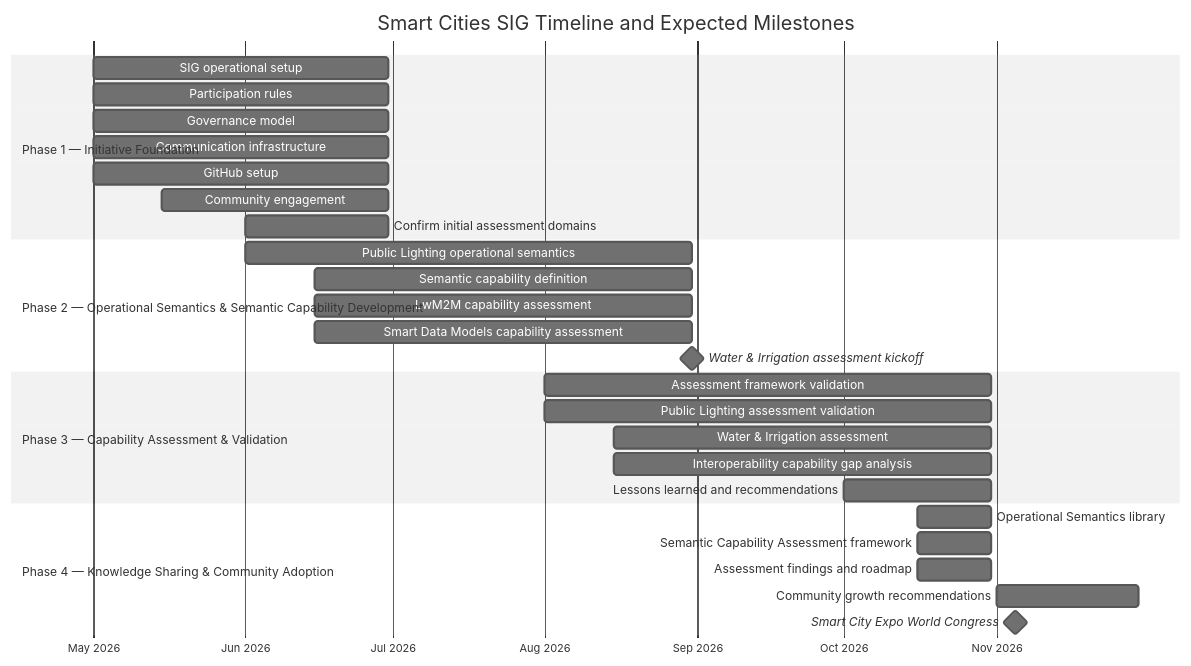
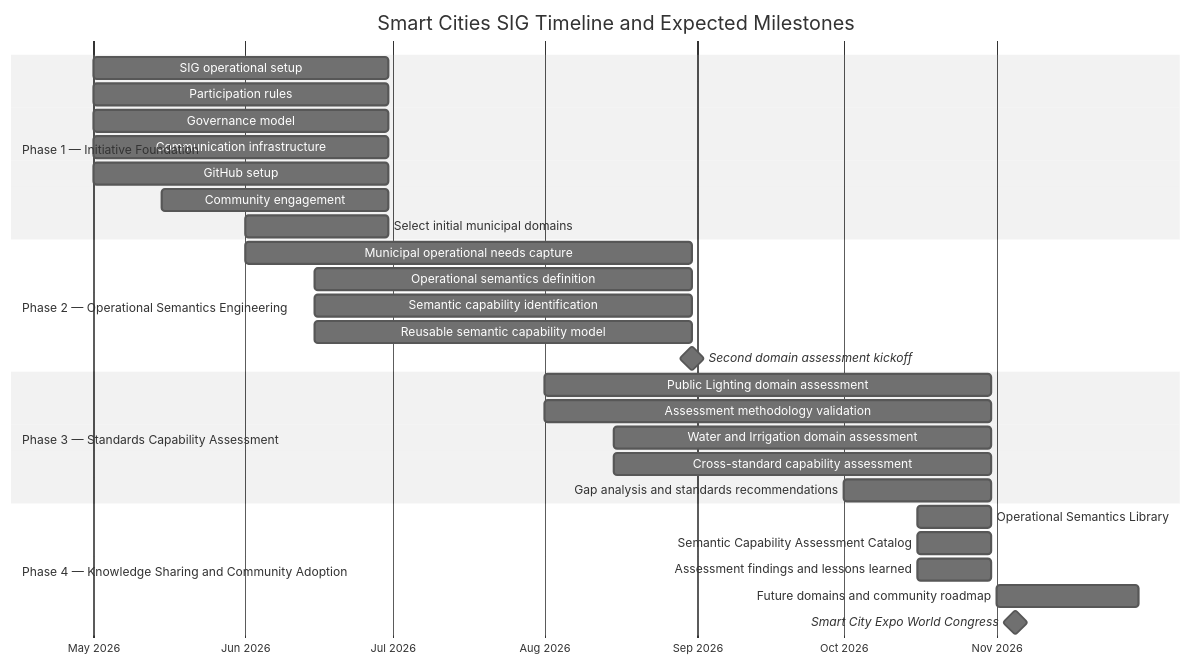
One commit to smartcities-sig/smartcities-sig changed the diagram in program/roadmap/release-planning.md. Above: the diagram before and after it, drawn with Mermaid (neutral theme). The commit also changed other lines of this file, not shown here.

Commit message:
Revise roadmap phases and key milestones
Updated phases and milestones in the release planning document to reflect changes in operational semantics and community engagement.

````diff
--- a/program/roadmap/release-planning.md
+++ b/program/roadmap/release-planning.md
@@ -20,37 +19,37 @@
 ```mermaid
 gantt
     title Smart Cities SIG Timeline and Expected Milestones
     dateFormat  YYYY-MM-DD
     axisFormat  %b %Y
 
     section Phase 1 — Initiative Foundation
-    SIG operational setup                     :p1a, 2026-05-01, 2026-06-30
-    Participation rules                       :p1b, 2026-05-01, 2026-06-30
-    Governance model                          :p1c, 2026-05-01, 2026-06-30
-    Communication infrastructure              :p1d, 2026-05-01, 2026-06-30
-    GitHub setup                              :p1e, 2026-05-01, 2026-06-30
-    Community engagement                      :p1f, 2026-05-15, 2026-06-30
-    Confirm initial assessment domains        :p1g, 2026-06-01, 2026-06-30
+    SIG operational setup                         :p1a, 2026-05-01, 2026-06-30
+    Participation rules                          :p1b, 2026-05-01, 2026-06-30
+    Governance model                             :p1c, 2026-05-01, 2026-06-30
+    Communication infrastructure                 :p1d, 2026-05-01, 2026-06-30
+    GitHub setup                                 :p1e, 2026-05-01, 2026-06-30
+    Community engagement                         :p1f, 2026-05-15, 2026-06-30
+    Select initial municipal domains             :p1g, 2026-06-01, 2026-06-30
 
-    section Phase 2 — Operational Semantics & Semantic Capability Development
-    Public Lighting operational semantics     :p2a, 2026-06-01, 2026-08-31
-    Semantic capability definition            :p2b, 2026-06-15, 2026-08-31
-    LwM2M capability assessment               :p2c, 2026-06-15, 2026-08-31
-    Smart Data Models capability assessment   :p2d, 2026-06-15, 2026-08-31
-    Water & Irrigation assessment kickoff     :milestone, p2e, 2026-08-31, 0d
+    section Phase 2 — Operational Semantics Engineering
+    Municipal operational needs capture          :p2a, 2026-06-01, 2026-08-31
+    Operational semantics definition             :p2b, 2026-06-15, 2026-08-31
+    Semantic capability identification           :p2c, 2026-06-15, 2026-08-31
+    Reusable semantic capability model            :p2d, 2026-06-15, 2026-08-31
+    Second domain assessment kickoff              :milestone, p2e, 2026-08-31, 0d
 
-    section Phase 3 — Capability Assessment & Validation
-    Assessment framework validation           :p3a, 2026-08-01, 2026-10-31
-    Public Lighting assessment validation     :p3b, 2026-08-01, 2026-10-31
-    Water & Irrigation assessment             :p3c, 2026-08-15, 2026-10-31
-    Interoperability capability gap analysis  :p3d, 2026-08-15, 2026-10-31
-    Lessons learned and recommendations       :p3e, 2026-10-01, 2026-10-31
+    section Phase 3 — Standards Capability Assessment
+    Public Lighting domain assessment             :p3a, 2026-08-01, 2026-10-31
+    Assessment methodology validation             :p3b, 2026-08-01, 2026-10-31
+    Water and Irrigation domain assessment        :p3c, 2026-08-15, 2026-10-31
+    Cross-standard capability assessment          :p3d, 2026-08-15, 2026-10-31
+    Gap analysis and standards recommendations    :p3e, 2026-10-01, 2026-10-31
 
-    section Phase 4 — Knowledge Sharing & Community Adoption
-    Operational Semantics library             :p4a, 2026-10-16, 2026-10-31
-    Semantic Capability Assessment framework  :p4b, 2026-10-16, 2026-10-31
-    Assessment findings and roadmap           :p4c, 2026-10-16, 2026-10-31
+    section Phase 4 — Knowledge Sharing and Community Adoption
+    Operational Semantics Library                 :p4a, 2026-10-16, 2026-10-31
+    Semantic Capability Assessment Catalog        :p4b, 2026-10-16, 2026-10-31
+    Assessment findings and lessons learned       :p4c, 2026-10-16, 2026-10-31
 
-    Community growth recommendations          :p4d, 2026-11-01, 2026-11-30
-    Smart City Expo World Congress            :milestone, p4e, 2026-11-05, 0d
+    Future domains and community roadmap           :p4d, 2026-11-01, 2026-11-30
+    Smart City Expo World Congress                 :milestone, p4e, 2026-11-05, 0d
 ```
````
